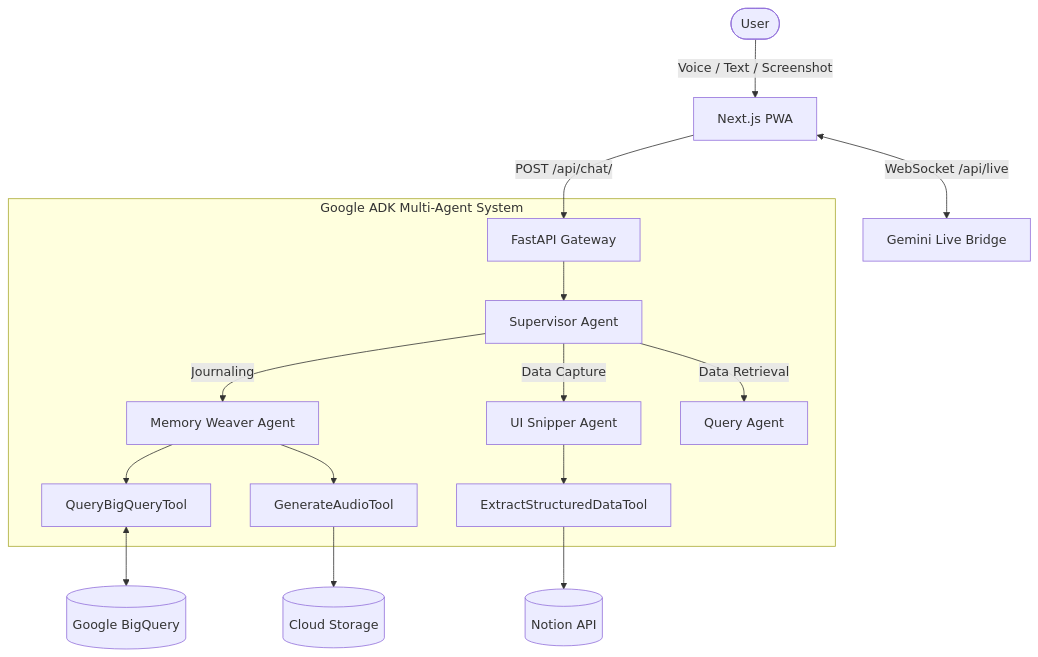
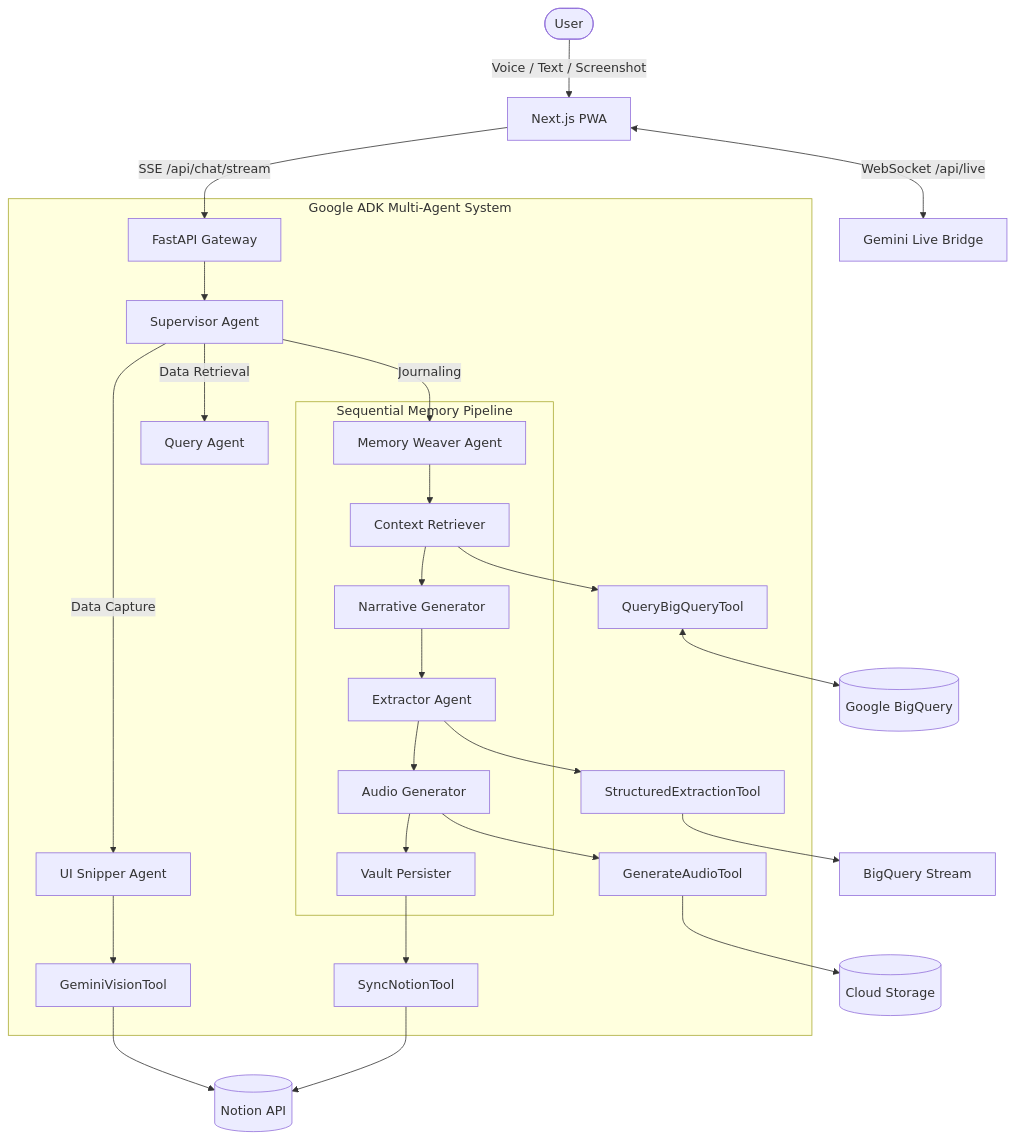
The diagram in README.md (vaibhavd030/MemoriaOS), drawn with Mermaid before and after one commit. The commit also changed other lines of this file, not shown here.

Commit message:
docs: update comprehensive readme covering tri-engine architecture and ADK orchestration

````diff
--- a/README.md
+++ b/README.md
@@ -25,30 +28,41 @@
 ```mermaid
 graph TD
     %% Frontend
     User([User]) -->|Voice / Text / Screenshot| PWA[Next.js PWA]
     
     %% Frontend → Backend
-    PWA -->|POST /api/chat/| API[FastAPI Gateway]
+    PWA -->|SSE /api/chat/stream| API[FastAPI Gateway]
     PWA <-->|WebSocket /api/live| LiveWS[Gemini Live Bridge]
     
     %% Orchestration
     subgraph "Google ADK Multi-Agent System"
         API --> Supervisor[Supervisor Agent]
         
         Supervisor -- "Journaling" --> Weaver[Memory Weaver Agent]
         Supervisor -- "Data Capture" --> Snipper[UI Snipper Agent]
         Supervisor -- "Data Retrieval" --> QueryAgent[Query Agent]
         
         %% Weaver Pipeline
-        Weaver --> Tool_BQ[QueryBigQueryTool]
-        Weaver --> Tool_TTS[GenerateAudioTool]
+        subgraph "Sequential Memory Pipeline"
+            Weaver --> Step1[Context Retriever]
+            Step1 --> Step2[Narrative Generator]
+            Step2 --> Step3[Extractor Agent]
+            Step3 --> Step4[Audio Generator]
+            Step4 --> Step5[Vault Persister]
+        end
         
-        %% Snipper Tools
-        Snipper --> VisionTool[ExtractStructuredDataTool]
+        %% Tools
+        Step1 --> Tool_BQ[QueryBigQueryTool]
+        Step3 --> Tool_Txt[StructuredExtractionTool]
+        Step4 --> Tool_TTS[GenerateAudioTool]
+        Step5 --> Tool_Notion[SyncNotionTool]
+        Snipper --> Tool_Vision[GeminiVisionTool]
     end
     
     %% Storage
     Tool_BQ <--> BigQuery[(Google BigQuery)]
     Tool_TTS --> GCS[(Cloud Storage)]
-    VisionTool --> Notion[(Notion API)]
+    Tool_Txt --> BQ_Insert[BigQuery Stream]
+    Tool_Notion --> Notion[(Notion API)]
+    Tool_Vision --> Notion
 ```
````
